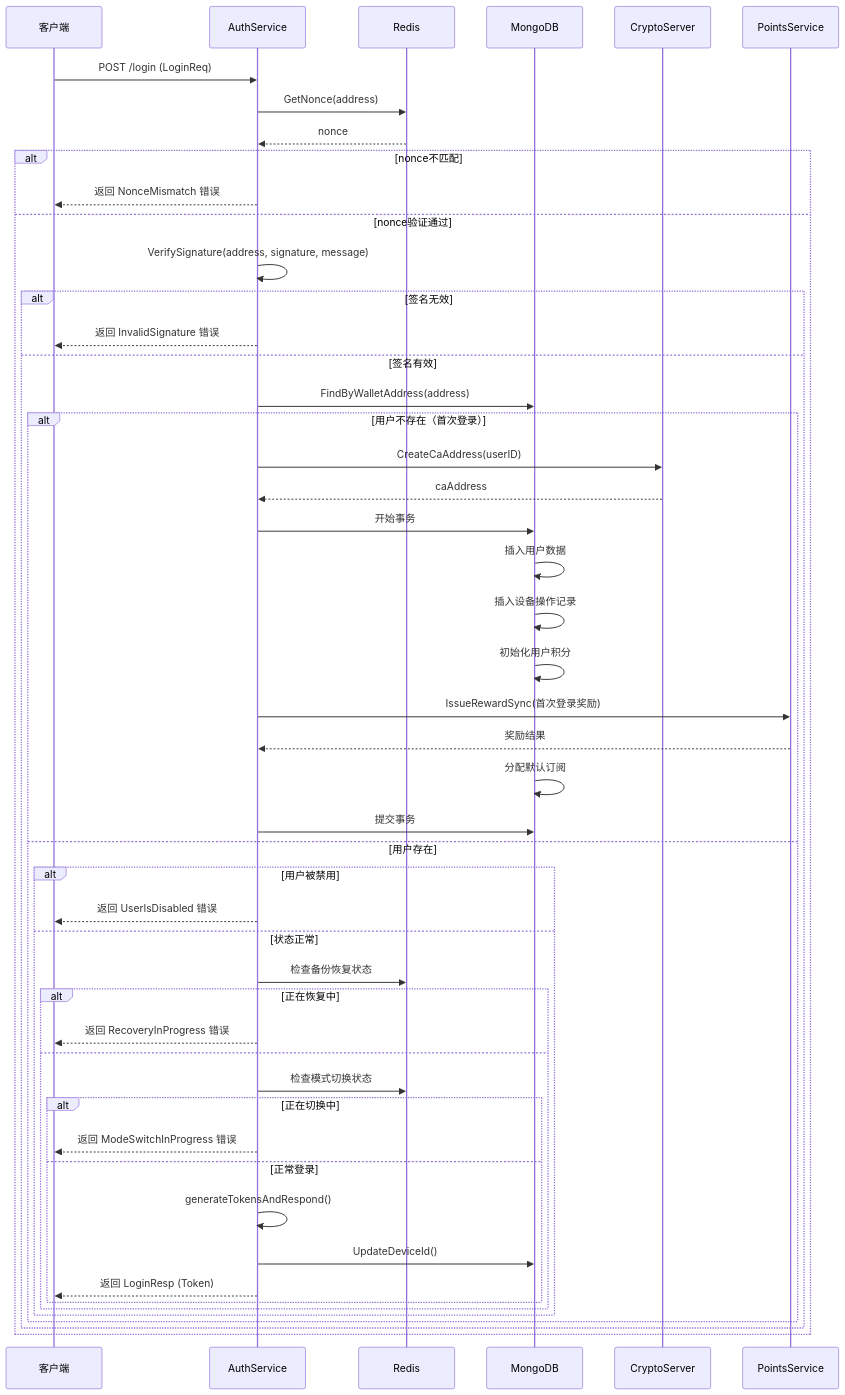
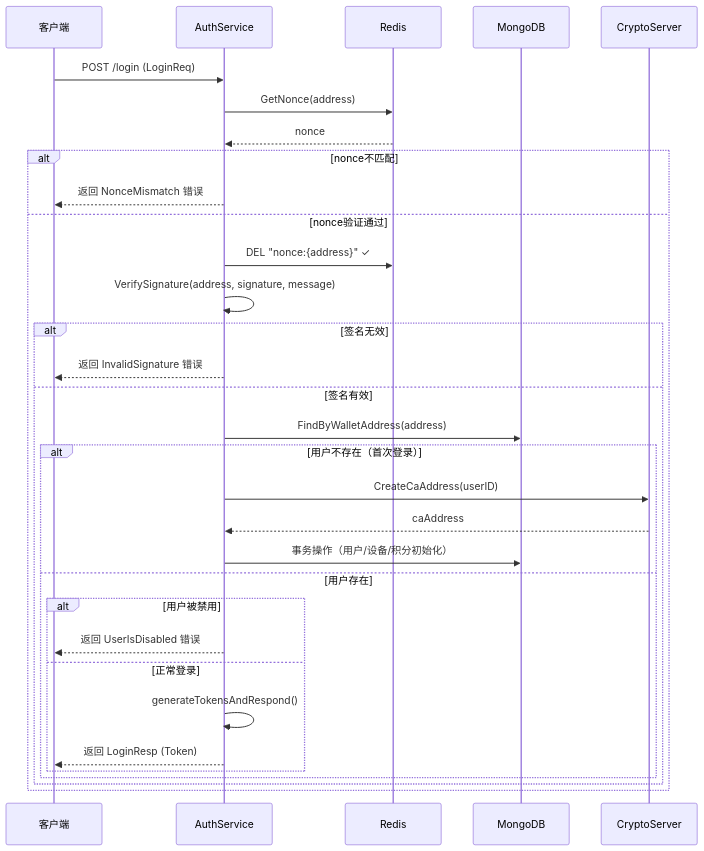
Before and after one commit to yingjianzh/iodraw-files: the diagram in all/未命名-2.md, drawn with Mermaid.

Commit message:
2025-09-09 11:14:37 update

````diff
--- a/all/未命名-2.md
+++ b/all/未命名-2.md
@@ -1,54 +1,35 @@
 ```mermaid
 sequenceDiagram
     participant Client as 客户端
     participant AuthService as AuthService
     participant Redis as Redis
     participant MongoDB as MongoDB
     participant CryptoServer as CryptoServer
-    participant PointsService as PointsService
 
     Client->>AuthService: POST /login (LoginReq)
     AuthService->>Redis: GetNonce(address)
     Redis-->>AuthService: nonce
     alt nonce不匹配
         AuthService-->>Client: 返回 NonceMismatch 错误
     else nonce验证通过
+        AuthService->>Redis: DEL "nonce:{address}" ✓
         AuthService->>AuthService: VerifySignature(address, signature, message)
         alt 签名无效
             AuthService-->>Client: 返回 InvalidSignature 错误
         else 签名有效
             AuthService->>MongoDB: FindByWalletAddress(address)
             alt 用户不存在（首次登录）
                 AuthService->>CryptoServer: CreateCaAddress(userID)
                 CryptoServer-->>AuthService: caAddress
-                AuthService->>MongoDB: 开始事务
-                MongoDB->>MongoDB: 插入用户数据
-                MongoDB->>MongoDB: 插入设备操作记录
-                MongoDB->>MongoDB: 初始化用户积分
-                AuthService->>PointsService: IssueRewardSync(首次登录奖励)
-                PointsService-->>AuthService: 奖励结果
-                MongoDB->>MongoDB: 分配默认订阅
-                AuthService->>MongoDB: 提交事务
+                AuthService->>MongoDB: 事务操作（用户/设备/积分初始化）
             else 用户存在
                 alt 用户被禁用
                     AuthService-->>Client: 返回 UserIsDisabled 错误
-                else 状态正常
-                    AuthService->>Redis: 检查备份恢复状态
-                    alt 正在恢复中
-                        AuthService-->>Client: 返回 RecoveryInProgress 错误
-                    else 
-                        AuthService->>Redis: 检查模式切换状态
-                        alt 正在切换中
-                            AuthService-->>Client: 返回 ModeSwitchInProgress 错误
-                        else 正常登录
-                            AuthService->>AuthService: generateTokensAndRespond()
-                            AuthService->>MongoDB: UpdateDeviceId()
-
-                            AuthService-->>Client: 返回 LoginResp (Token)
-                        end
-                    end
+                else 正常登录
+                    AuthService->>AuthService: generateTokensAndRespond()
+                    AuthService-->>Client: 返回 LoginResp (Token)
                 end
             end
         end
     end
 ```
````
